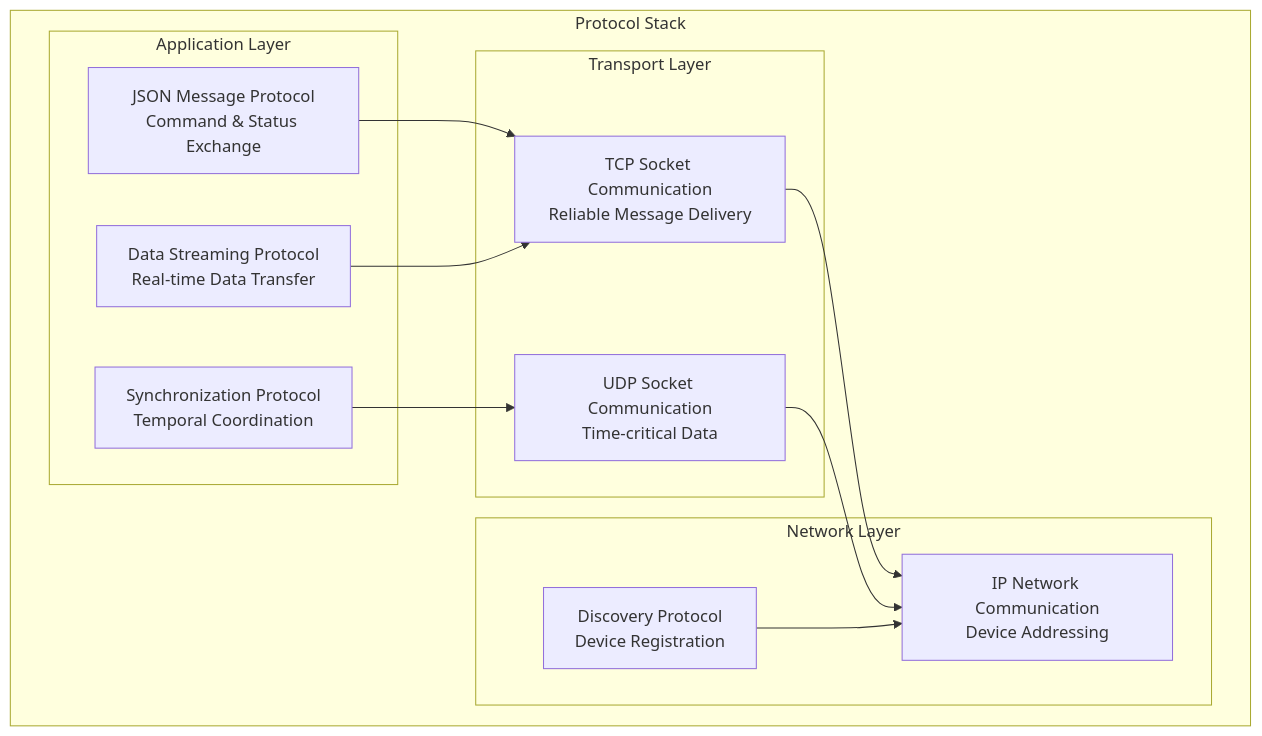
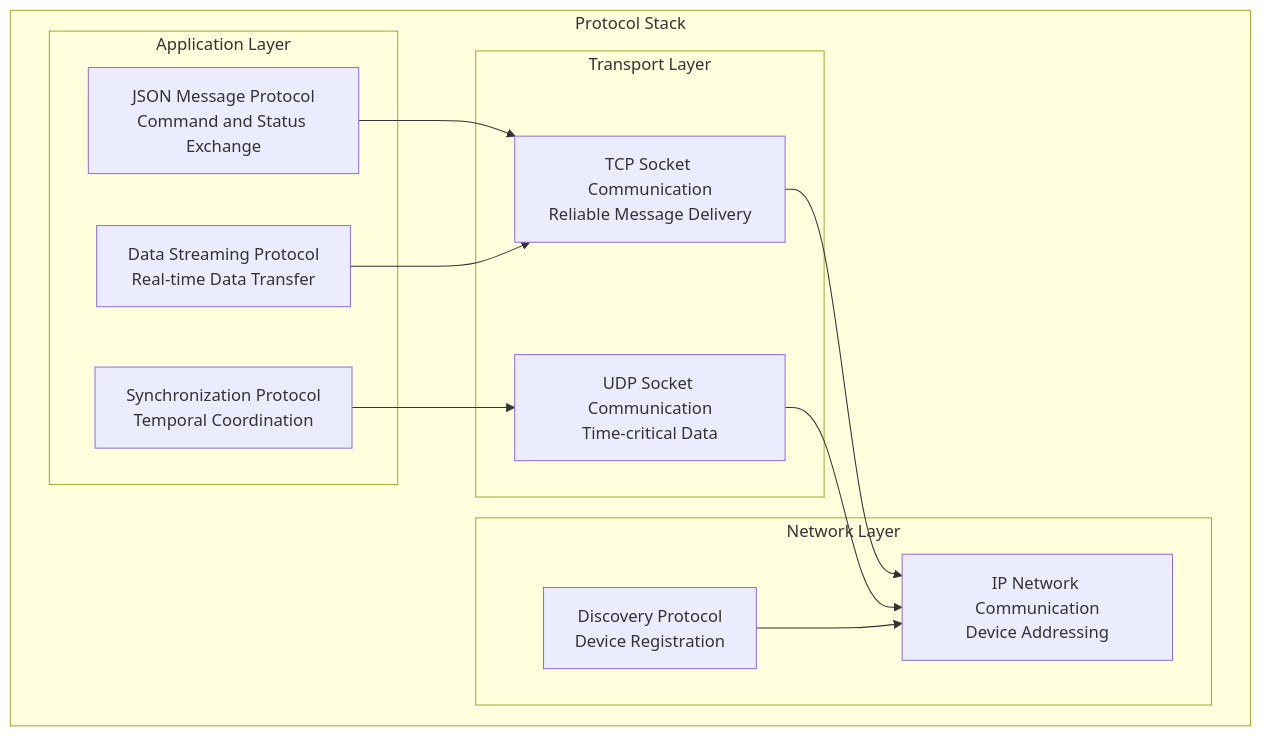
The first of 2 diagrams in docs/networking_protocol_readme.md (buccancs/fyp-multi-sensor-recording-system), drawn with Mermaid before and after one commit. The commit also changed 9 other files, not shown here.

````diff
--- a/docs/networking_protocol_readme.md
+++ b/docs/networking_protocol_readme.md
@@ -31,27 +31,27 @@
 ```mermaid
 graph TB
     subgraph "Protocol Stack"
         subgraph "Application Layer"
-            JSON[JSON Message Protocol<br/>Command & Status Exchange]
+            JSON[JSON Message Protocol<br/>Command and Status Exchange]
             SYNC[Synchronization Protocol<br/>Temporal Coordination]
             STREAM[Data Streaming Protocol<br/>Real-time Data Transfer]
         end
         
         subgraph "Transport Layer"
             TCP[TCP Socket Communication<br/>Reliable Message Delivery]
             UDP[UDP Socket Communication<br/>Time-critical Data]
         end
         
         subgraph "Network Layer"
             IP[IP Network Communication<br/>Device Addressing]
             DISC[Discovery Protocol<br/>Device Registration]
         end
     end
     
     JSON --> TCP
     SYNC --> UDP
     STREAM --> TCP
     TCP --> IP
     UDP --> IP
     DISC --> IP
 ```
````
